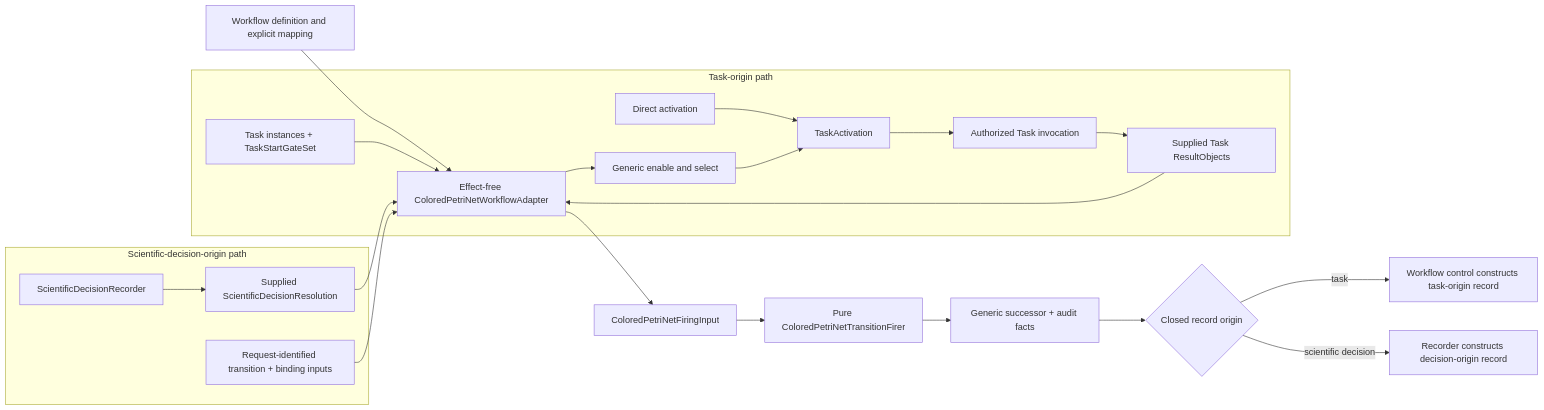
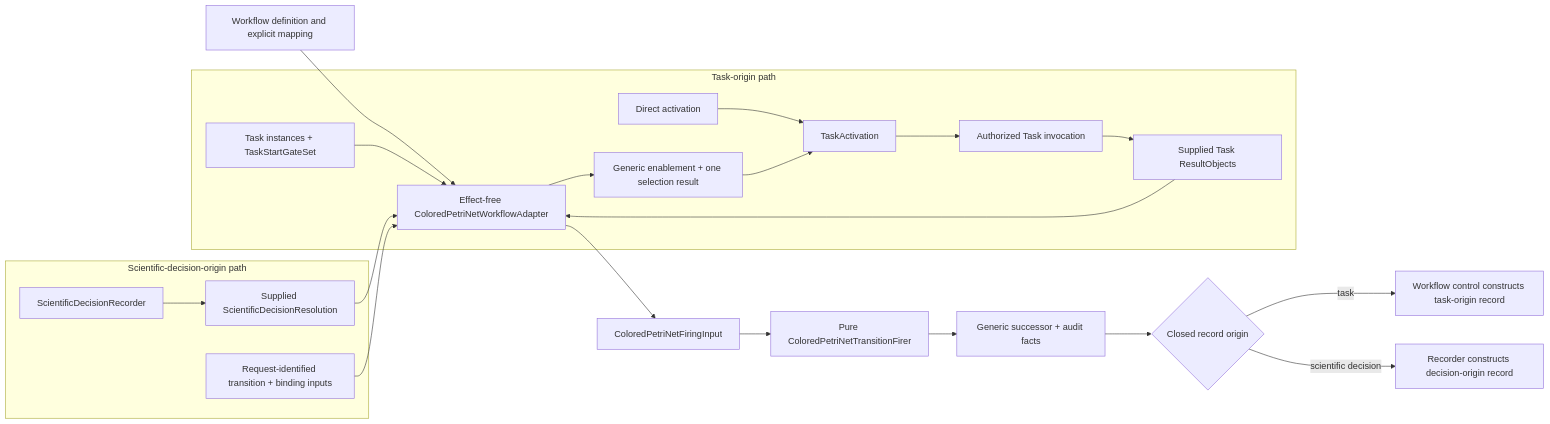
Before and after one commit to eragasa/ksdft2effmass: the diagram in docs/architecture/v2/ksdft2effmass/workflows/task-and-colored-petri-net-adapter.md, drawn with Mermaid. The commit also changed other lines of this file and 54 other files, not shown here.

Commit message:
docs: close architecture v2 planning issues

````diff
--- a/docs/architecture/v2/ksdft2effmass/workflows/task-and-colored-petri-net-adapter.md
+++ b/docs/architecture/v2/ksdft2effmass/workflows/task-and-colored-petri-net-adapter.md
@@ -35,27 +37,27 @@
 ```mermaid
 flowchart LR
     workflow["Workflow definition and explicit mapping"] --> adapter["Effect-free ColoredPetriNetWorkflowAdapter"]
 
     subgraph TASK_ORIGIN["Task-origin path"]
         gates["Task instances + TaskStartGateSet"] --> adapter
-        adapter --> generic["Generic enable and select"]
+        adapter --> generic["Generic enablement + one selection result"]
         direct["Direct activation"] --> activation["TaskActivation"]
         generic --> activation
         activation --> task["Authorized Task invocation"]
         task --> task_results["Supplied Task ResultObjects"]
         task_results --> adapter
     end
 
     subgraph DECISION_ORIGIN["Scientific-decision-origin path"]
         recorder["ScientificDecisionRecorder"] --> resolution["Supplied ScientificDecisionResolution"]
         resolution --> adapter
         request_inputs["Request-identified transition + binding inputs"] --> adapter
     end
 
     adapter --> firing_input["ColoredPetriNetFiringInput"]
     firing_input --> firing["Pure ColoredPetriNetTransitionFirer"]
     firing --> successor["Generic successor + audit facts"]
     successor --> origin{"Closed record origin"}
     origin -->|task| task_record["Workflow control constructs task-origin record"]
     origin -->|scientific decision| decision_record["Recorder constructs decision-origin record"]
 ```
````
